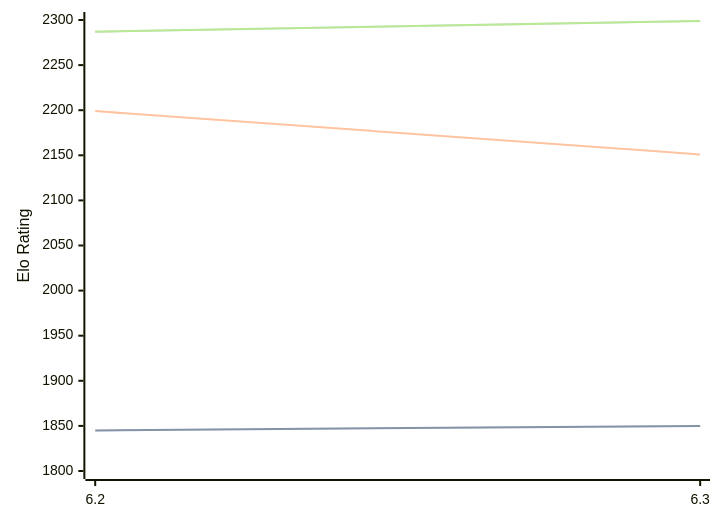
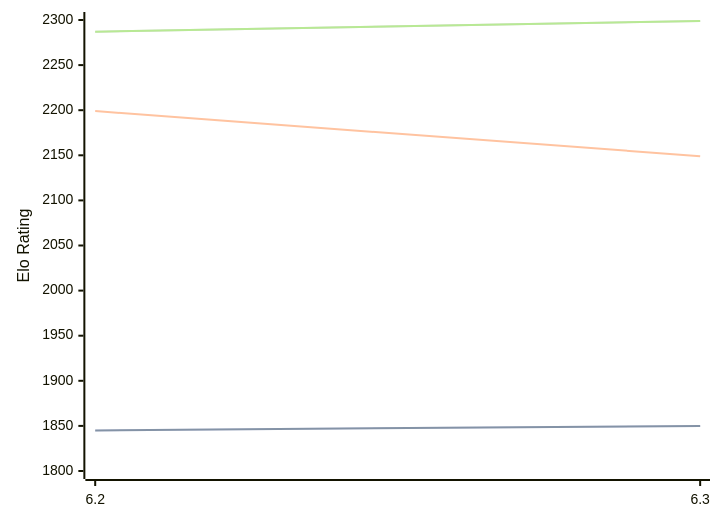
One commit to computer-chess-index/cci changed the first of 3 diagrams in engines/chess4j.md. Above: the diagram before and after it, drawn with Mermaid. The commit also changed other lines of this file, not shown here.

````diff
--- a/engines/chess4j.md
+++ b/engines/chess4j.md
@@ -38,11 +38,11 @@
 ```mermaid
 %%{init: {"theme":"base","themeVariables":{"seriesColors:['#a3a3a3','#222221','#faa371']}}}%%
 xychart-beta
   x-axis ["6.2", "6.3"]
   y-axis "Elo Rating" 1800 --> 2300
   line "STC (8.0+0.08s)" [1845, 1850]
   line "STC (8.0+0.08s)" [1845, 1850]
-  line "LTC (60.0+0.60s)" [2199, 2151]
+  line "LTC (60.0+0.60s)" [2199, 2149]
   line "VLTC (2m24s+1.12s)" [2287, 2299]
   line "VLTC (2m24s+1.12s)" [2287, 2299]
 ```
````
